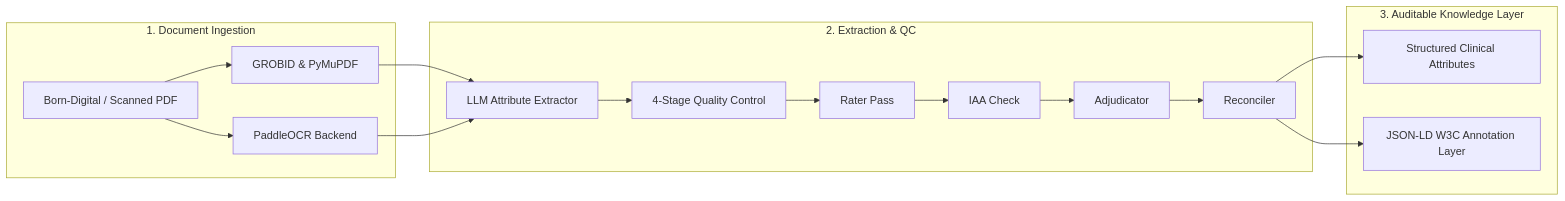
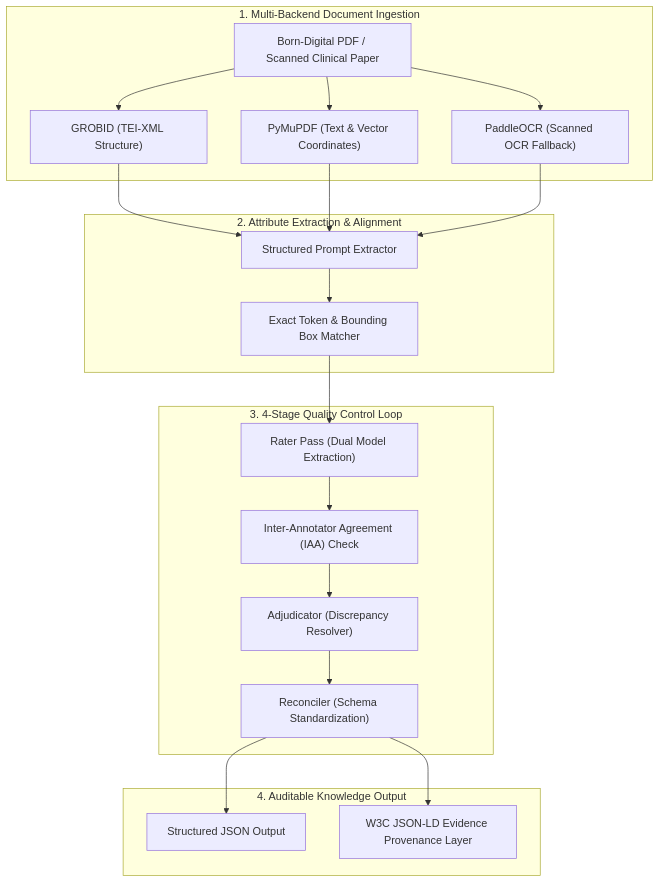
Before and after one commit to soroushdty/soroushdty.github.io: the diagram in content/projects/evitrace/index.md, drawn with Mermaid. The commit also changed other lines of this file and 12 other files, not shown here.

Commit message:
feat: implement website and SEO audit enhancements (navigation, JSON-LD, mermaid diagrams, case studies, CV page, and evergreen research writing)

````diff
--- a/content/projects/evitrace/index.md
+++ b/content/projects/evitrace/index.md
@@ -20,18 +54,25 @@
 ```mermaid
-flowchart LR
-    subgraph Ingestion ["1. Document Ingestion"]
-        A["Born-Digital / Scanned PDF"] --> B["GROBID & PyMuPDF"]
-        A --> C["PaddleOCR Backend"]
+flowchart TD
+    subgraph Ingestion ["1. Multi-Backend Document Ingestion"]
+        A["Born-Digital PDF / Scanned Clinical Paper"] --> B["GROBID (TEI-XML Structure)"]
+        A --> C["PyMuPDF (Text & Vector Coordinates)"]
+        A --> D["PaddleOCR (Scanned OCR Fallback)"]
     end
 
-    subgraph Processing ["2. Extraction & QC"]
-        B & C --> D["LLM Attribute Extractor"]
-        D --> E["4-Stage Quality Control"]
-        E --> E1["Rater Pass"] --> E2["IAA Check"] --> E3["Adjudicator"] --> E4["Reconciler"]
+    subgraph Extraction ["2. Attribute Extraction & Alignment"]
+        B & C & D --> E["Structured Prompt Extractor"]
+        E --> F["Exact Token & Bounding Box Matcher"]
     end
 
-    subgraph Output ["3. Auditable Knowledge Layer"]
-        E4 --> F["Structured Clinical Attributes"]
-        E4 --> G["JSON-LD W3C Annotation Layer"]
+    subgraph QC ["3. 4-Stage Quality Control Loop"]
+        F --> G1["Rater Pass (Dual Model Extraction)"]
+        G1 --> G2["Inter-Annotator Agreement (IAA) Check"]
+        G2 --> G3["Adjudicator (Discrepancy Resolver)"]
+        G3 --> G4["Reconciler (Schema Standardization)"]
+    end
+
+    subgraph Provenance ["4. Auditable Knowledge Output"]
+        G4 --> H["Structured JSON Output"]
+        G4 --> I["W3C JSON-LD Evidence Provenance Layer"]
     end
 ```
````
